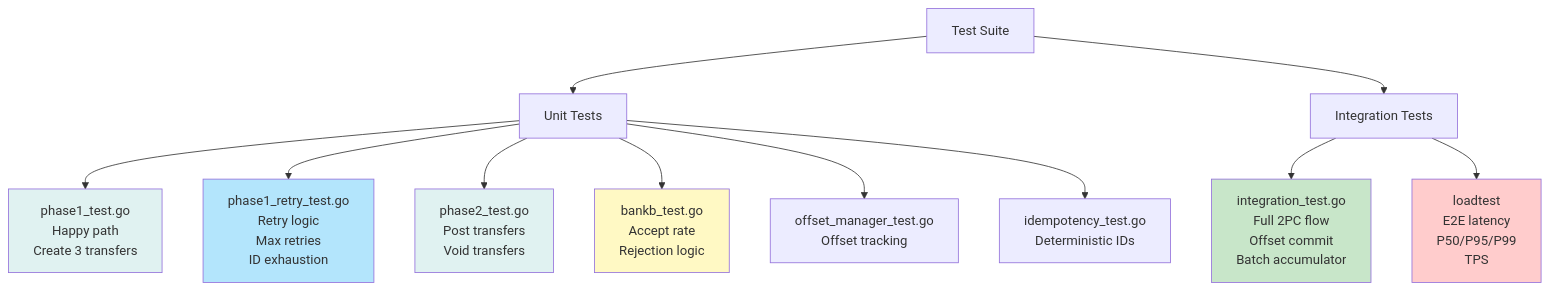
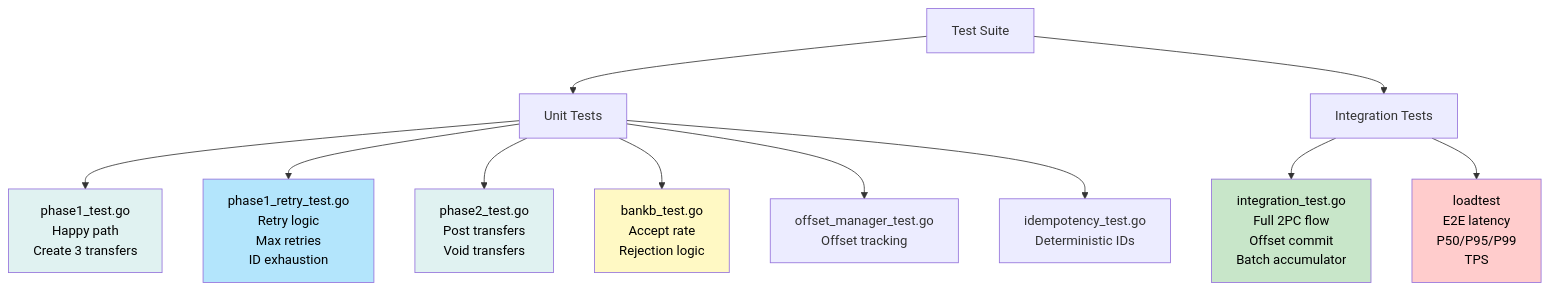
Before and after one commit to evertonstz/TigerbeetleMiniPIX: diagram 17 of 19 in ARCHITECTURE.md, drawn with Mermaid. The commit also changed other lines of this file, not shown here.

Commit message:
docs: improve Mermaid diagram text readability with dark text colors

````diff
--- a/ARCHITECTURE.md
+++ b/ARCHITECTURE.md
@@ -729,24 +729,24 @@
 ```mermaid
 graph TB
     Tests["Test Suite"]
     
     Tests --> Unit["Unit Tests"]
     Tests --> Integration["Integration Tests"]
     
     Unit --> P1["phase1_test.go<br/>Happy path<br/>Create 3 transfers"]
     Unit --> P1R["phase1_retry_test.go<br/>Retry logic<br/>Max retries<br/>ID exhaustion"]
     Unit --> P2["phase2_test.go<br/>Post transfers<br/>Void transfers"]
     Unit --> BA["bankb_test.go<br/>Accept rate<br/>Rejection logic"]
     Unit --> OO["offset_manager_test.go<br/>Offset tracking"]
     Unit --> ID["idempotency_test.go<br/>Deterministic IDs"]
     
     Integration --> E2E["integration_test.go<br/>Full 2PC flow<br/>Offset commit<br/>Batch accumulator"]
     Integration --> LoadTest["loadtest<br/>E2E latency<br/>P50/P95/P99<br/>TPS"]
     
-    style P1 fill:#e0f2f1
-    style P1R fill:#b3e5fc
-    style P2 fill:#e0f2f1
-    style BA fill:#fff9c4
-    style E2E fill:#c8e6c9
-    style LoadTest fill:#ffcccc
+    style P1 fill:#e0f2f1,color:#000
+    style P1R fill:#b3e5fc,color:#000
+    style P2 fill:#e0f2f1,color:#000
+    style BA fill:#fff9c4,color:#000
+    style E2E fill:#c8e6c9,color:#000
+    style LoadTest fill:#ffcccc,color:#000
 ```
````
